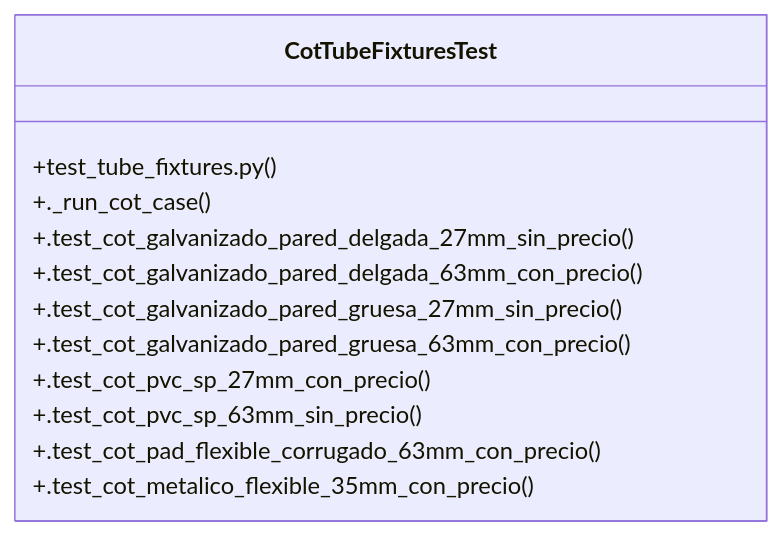
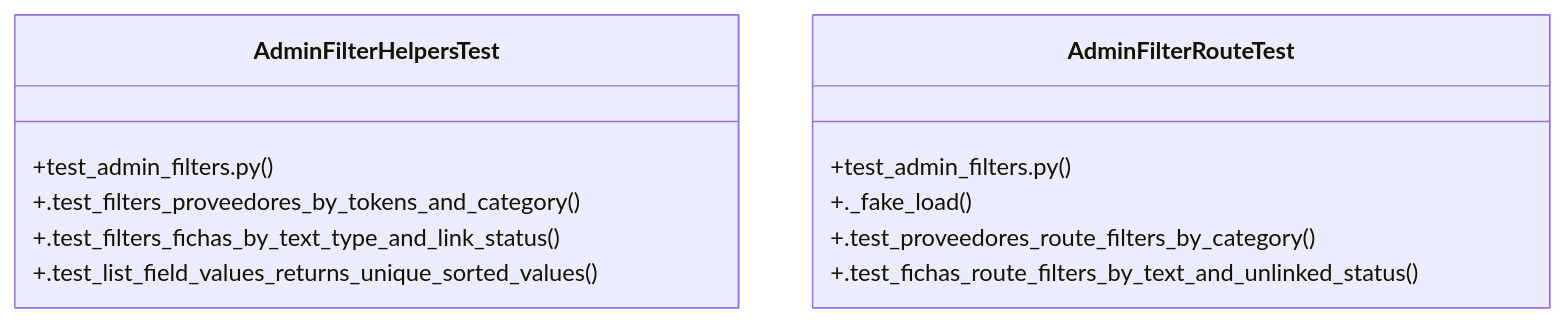
The diagram in graphify-out/wiki/Community_20.md (Daftrick/ProjectTracker), drawn with Mermaid before and after one commit. The commit also changed other lines of this file and 522 other files, not shown here.

````diff
--- a/graphify-out/wiki/Community_20.md
+++ b/graphify-out/wiki/Community_20.md
@@ -33,15 +33,15 @@
 ```mermaid
 classDiagram
-    class CotTubeFixturesTest {
-        +test_tube_fixtures.py()
-        +._run_cot_case()
-        +.test_cot_galvanizado_pared_delgada_27mm_sin_precio()
-        +.test_cot_galvanizado_pared_delgada_63mm_con_precio()
-        +.test_cot_galvanizado_pared_gruesa_27mm_sin_precio()
-        +.test_cot_galvanizado_pared_gruesa_63mm_con_precio()
-        +.test_cot_pvc_sp_27mm_con_precio()
-        +.test_cot_pvc_sp_63mm_sin_precio()
-        +.test_cot_pad_flexible_corrugado_63mm_con_precio()
-        +.test_cot_metalico_flexible_35mm_con_precio()
+    class AdminFilterHelpersTest {
+        +test_admin_filters.py()
+        +.test_filters_proveedores_by_tokens_and_category()
+        +.test_filters_fichas_by_text_type_and_link_status()
+        +.test_list_field_values_returns_unique_sorted_values()
+    }
+    class AdminFilterRouteTest {
+        +test_admin_filters.py()
+        +._fake_load()
+        +.test_proveedores_route_filters_by_category()
+        +.test_fichas_route_filters_by_text_and_unlinked_status()
     }
 ```
````
